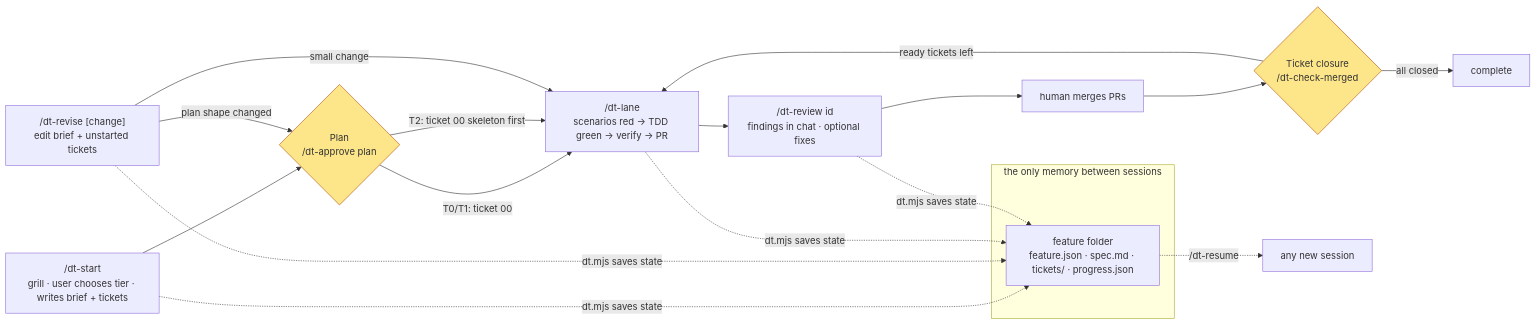
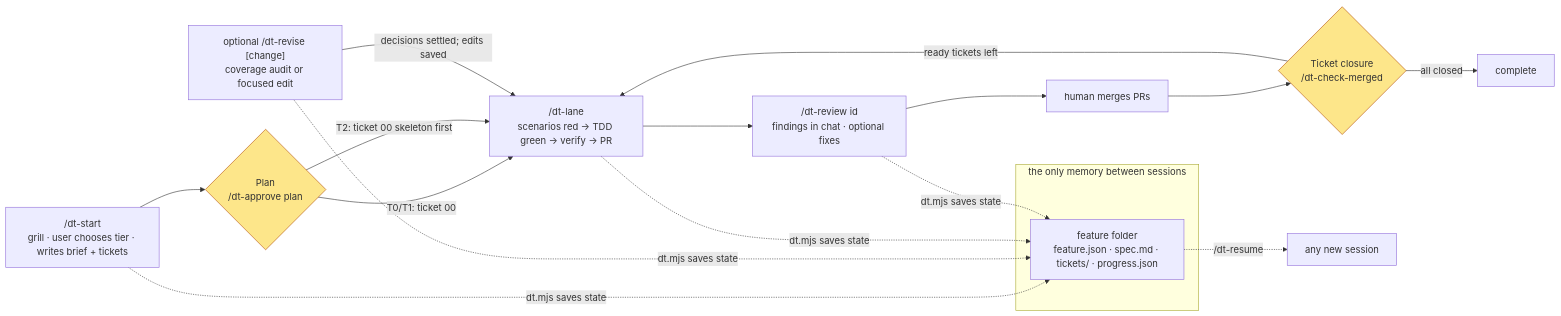
Before and after one commit to standuprey/dev-turbo: the diagram in workflow.md, drawn with Mermaid. The commit also changed other lines of this file and 40 other files, not shown here.

````diff
--- a/workflow.md
+++ b/workflow.md
@@ -3,20 +3,19 @@
 ```mermaid
 flowchart LR
   G["/dt-start<br/>grill · user chooses tier · writes brief + tickets"] --> P{"Plan<br/>/dt-approve plan"}
   P -->|"T0/T1: ticket 00"| L["/dt-lane<br/>scenarios red → TDD green → verify → PR"]
   P -->|"T2: ticket 00 skeleton first"| L
   L --> R["/dt-review id<br/>findings in chat · optional fixes"]
   R --> M["human merges PRs"]
   M --> C{"Ticket closure<br/>/dt-check-merged"}
   C -->|"ready tickets left"| L
   C -->|"all closed"| Done["complete"]
-  V["/dt-revise [change]<br/>edit brief + unstarted tickets"] -->|"small change"| L
-  V -->|"plan shape changed"| P
+  V["optional /dt-revise [change]<br/>coverage audit or focused edit"] -->|"decisions settled; edits saved"| L
   subgraph memory["the only memory between sessions"]
     O["feature folder<br/>feature.json · spec.md · tickets/ · progress.json"]
   end
   G & V & L & R -.->|"dt.mjs saves state"| O
   O -.->|"/dt-resume"| X["any new session"]
   classDef gate fill:#fde68a,stroke:#b45309
   class P,C gate
 ```
````
